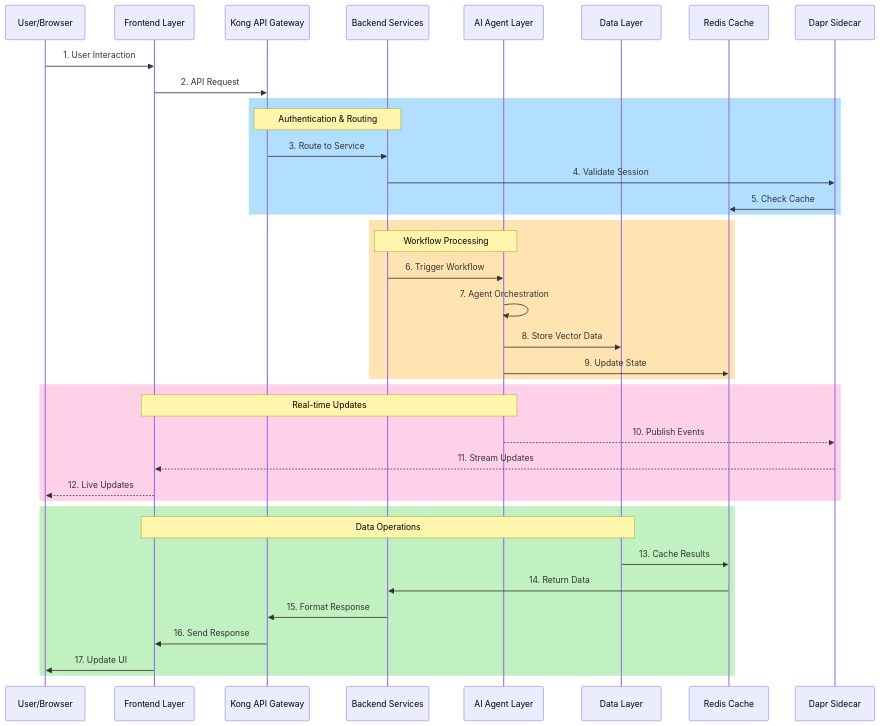
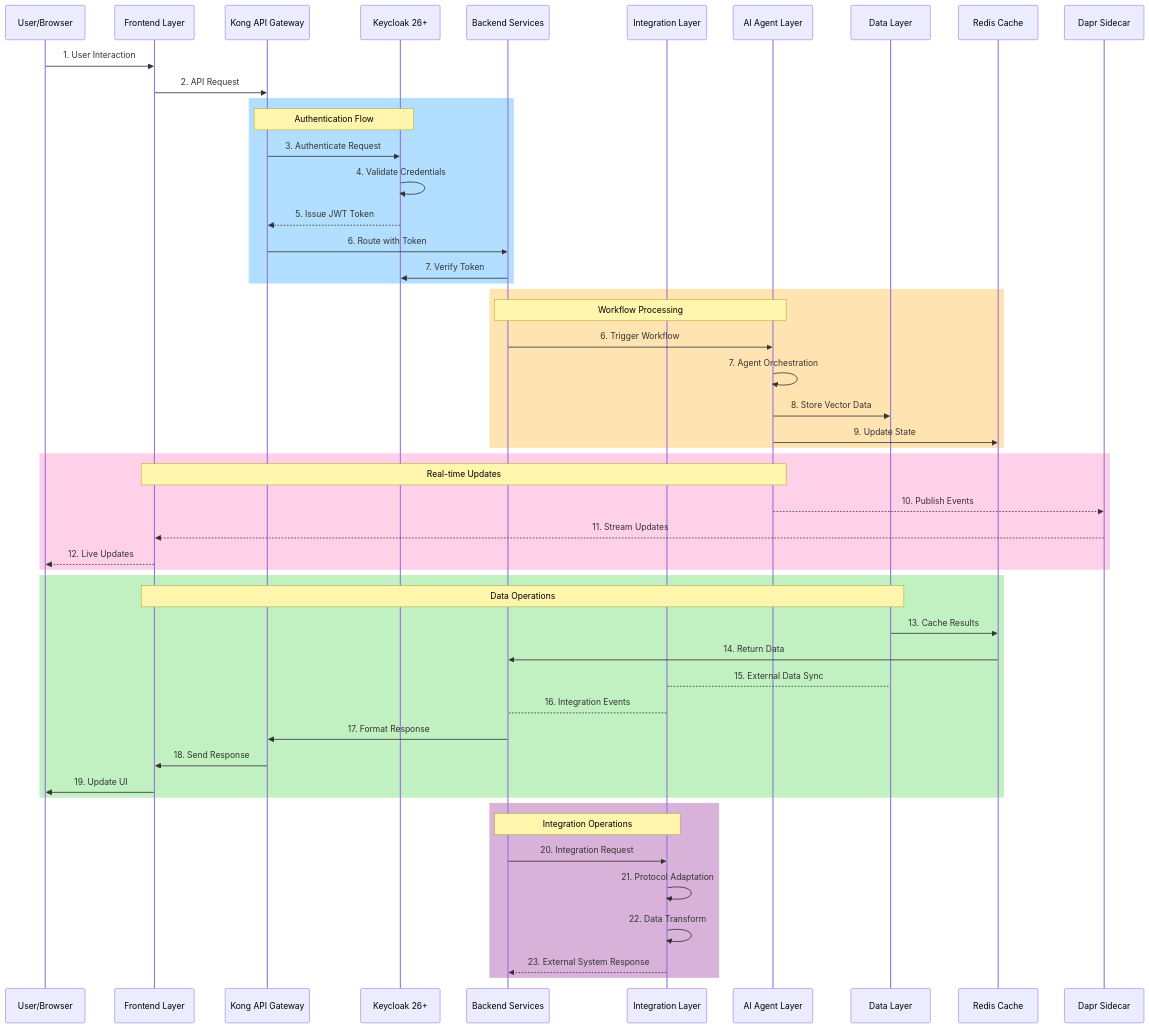
Before and after one commit to jihadajUAEU/bluemeshv2: the seventh of 8 diagrams in README.md, drawn with Mermaid. The commit also changed other lines of this file and 1 other file, not shown here.

Commit message:
Enhance README.md with detailed Integration Layer architecture, security features, and Keycloak configuration instructions

````diff
--- a/README.md
+++ b/README.md
@@ -189,45 +277,59 @@
 ```mermaid
 sequenceDiagram
     participant U as User/Browser
     participant F as Frontend Layer
     participant K as Kong API Gateway
+    participant KC as Keycloak 26+
     participant B as Backend Services
+    participant I as Integration Layer
     participant A as AI Agent Layer
     participant D as Data Layer
     participant R as Redis Cache
     participant Dp as Dapr Sidecar
 
     U->>F: 1. User Interaction
     F->>K: 2. API Request
     
     rect rgba(0, 150, 255, 0.3)
-        note over K,B: Authentication & Routing
-        K->>B: 3. Route to Service
-        B->>Dp: 4. Validate Session
-        Dp->>R: 5. Check Cache
+        note over K,KC: Authentication Flow
+        K->>KC: 3. Authenticate Request
+        KC->>KC: 4. Validate Credentials
+        KC-->>K: 5. Issue JWT Token
+        K->>B: 6. Route with Token
+        B->>KC: 7. Verify Token
     end
     
     rect rgba(255, 165, 0, 0.3)
         note over B,A: Workflow Processing
         B->>A: 6. Trigger Workflow
         A->>A: 7. Agent Orchestration
         A->>D: 8. Store Vector Data
         A->>R: 9. Update State
     end
     
     rect rgba(255, 105, 180, 0.3)
         note over A,F: Real-time Updates
         A-->>Dp: 10. Publish Events
         Dp-->>F: 11. Stream Updates
         F-->>U: 12. Live Updates
     end
     
     rect rgba(50, 205, 50, 0.3)
         note over D,F: Data Operations
         D->>R: 13. Cache Results
         R->>B: 14. Return Data
-        B->>K: 15. Format Response
-        K->>F: 16. Send Response
-        F->>U: 17. Update UI
+        I-->D: 15. External Data Sync
+        I-->B: 16. Integration Events
+        B->>K: 17. Format Response
+        K->>F: 18. Send Response
+        F->>U: 19. Update UI
+    end
+
+    rect rgba(128, 0, 128, 0.3)
+        note over I,B: Integration Operations
+        B->>I: 20. Integration Request
+        I->>I: 21. Protocol Adaptation
+        I->>I: 22. Data Transform
+        I-->>B: 23. External System Response
     end
 ```
````
